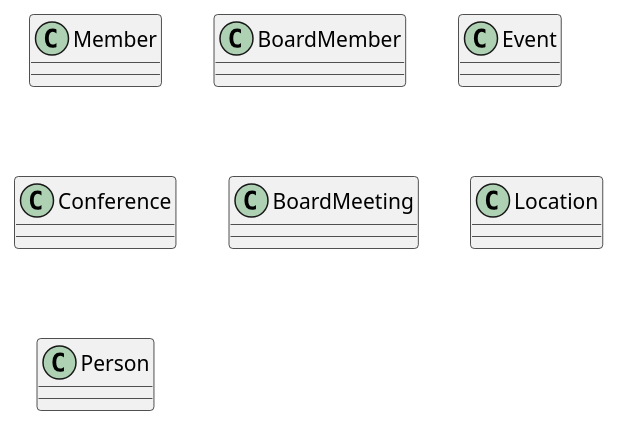
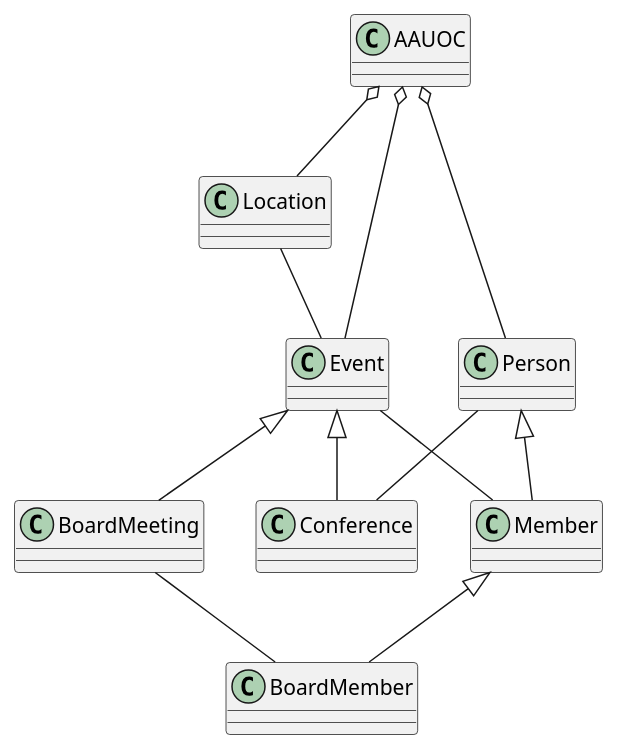
The diagram in src/AsociacionAntiguosAlumnos.puml (angelmaciaaa/UMLClases-AngelMacia), drawn with PlantUML before and after one commit.

Commit message:
Segundo Commit. Paso 2 realizado.

```diff
--- a/src/AsociacionAntiguosAlumnos.puml
+++ b/src/AsociacionAntiguosAlumnos.puml
@@ -1,9 +1,23 @@
 @startuml
 class Member{}
 class BoardMember{}
 class Event{}
 class Conference{}
 class BoardMeeting{}
 class Location{}
 class Person{}
+Event <|-- Conference
+Event <|-- BoardMeeting
+
+Person <|-- Member
+Member <|-- BoardMember
+
+class AAUOC{}
+AAUOC o-- Person
+AAUOC o-- Event
+AAUOC o-- Location
+Person -- Conference
+Location -- Event
+Event -- Member
+BoardMeeting -- BoardMember
 @enduml
```
